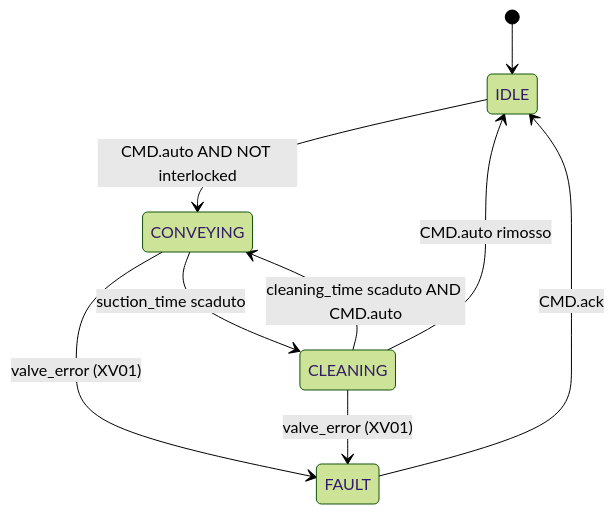
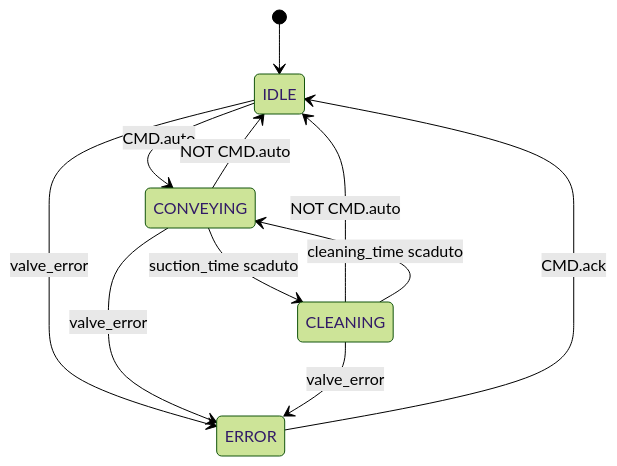
The second of 2 diagrams in docs/library/nolvac/index.it.md (AleFire99/TIA_knowledge), drawn with Mermaid (forest theme) before and after one commit. The commit also changed other lines of this file and 31 other files, not shown here.

````diff
--- a/docs/library/nolvac/index.it.md
+++ b/docs/library/nolvac/index.it.md
@@ -107,13 +106,17 @@
 ```mermaid
 stateDiagram-v2
     [*] --> IDLE
 
-    IDLE --> CONVEYING : CMD.auto AND NOT interlocked
+    IDLE --> CONVEYING : CMD.auto
+    IDLE --> ERROR : valve_error
+
+    CONVEYING --> IDLE : NOT CMD.auto
     CONVEYING --> CLEANING : suction_time scaduto
-    CLEANING --> CONVEYING : cleaning_time scaduto AND CMD.auto
-    CLEANING --> IDLE : CMD.auto rimosso
+    CONVEYING --> ERROR : valve_error
 
-    CONVEYING --> FAULT : valve_error (XV01)
-    CLEANING --> FAULT : valve_error (XV01)
-    FAULT --> IDLE : CMD.ack
+    CLEANING --> IDLE : NOT CMD.auto
+    CLEANING --> CONVEYING : cleaning_time scaduto
+    CLEANING --> ERROR : valve_error
+
+    ERROR --> IDLE : CMD.ack
 ```
````
